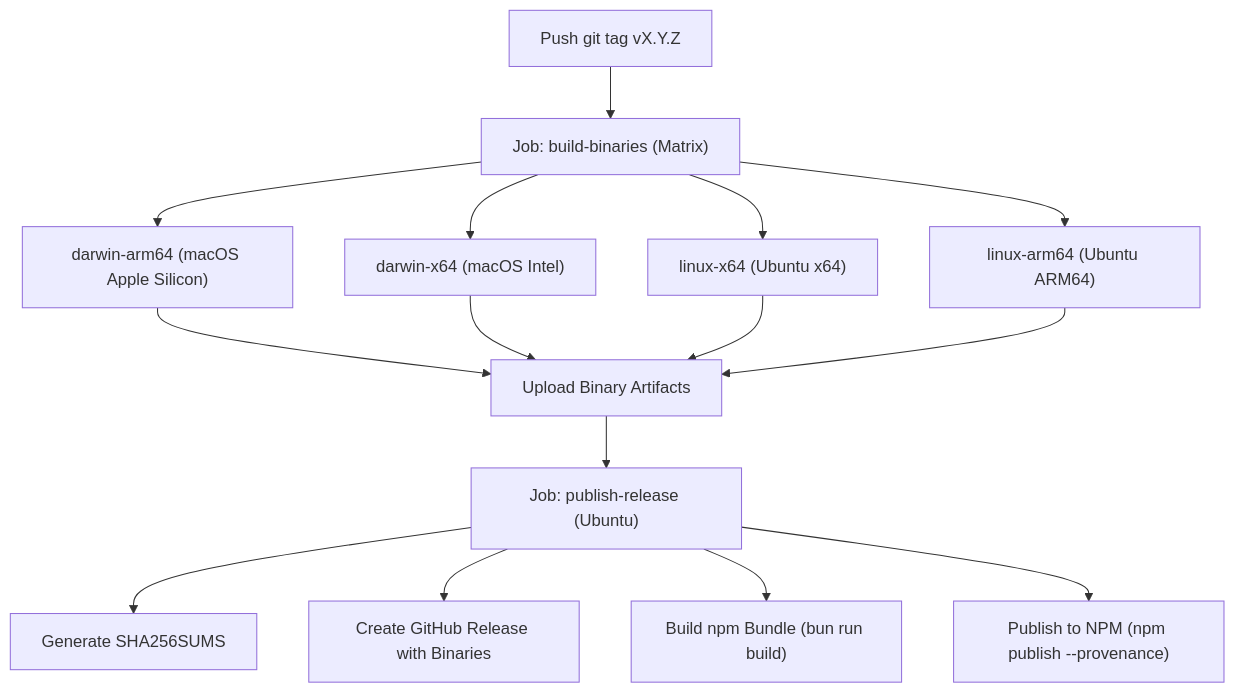
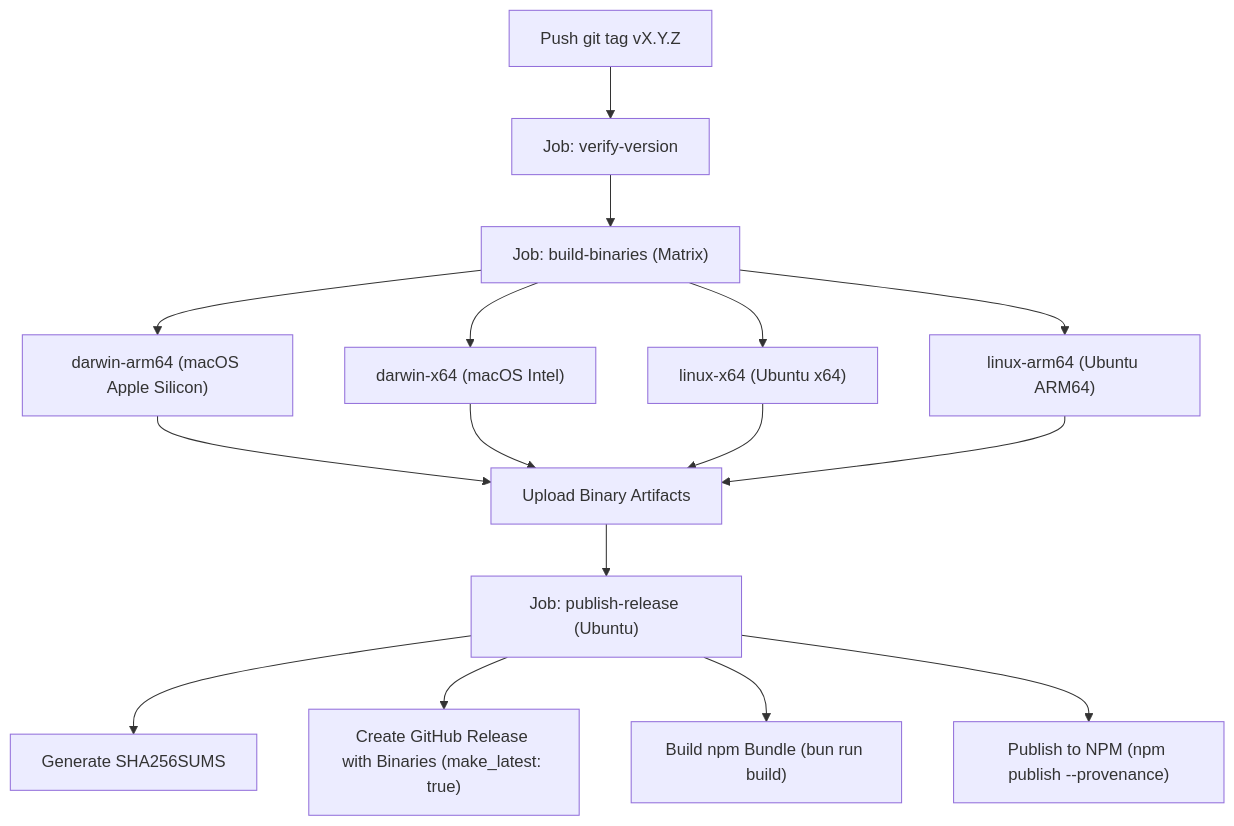
Before and after one commit to juanmaagd/pr-hero: the diagram in docs/release-runbook.md, drawn with Mermaid. The commit also changed other lines of this file and 12 other files, not shown here.

````diff
--- a/docs/release-runbook.md
+++ b/docs/release-runbook.md
@@ -148,14 +166,15 @@
 ```mermaid
 flowchart TD
-    A["Push git tag vX.Y.Z"] --> B["Job: build-binaries (Matrix)"]
+    A["Push git tag vX.Y.Z"] --> V["Job: verify-version"]
+    V --> B["Job: build-binaries (Matrix)"]
     B --> B1["darwin-arm64 (macOS Apple Silicon)"]
     B --> B2["darwin-x64 (macOS Intel)"]
     B --> B3["linux-x64 (Ubuntu x64)"]
     B --> B4["linux-arm64 (Ubuntu ARM64)"]
     B1 & B2 & B3 & B4 --> C["Upload Binary Artifacts"]
     C --> D["Job: publish-release (Ubuntu)"]
     D --> E["Generate SHA256SUMS"]
-    D --> F["Create GitHub Release with Binaries"]
+    D --> F["Create GitHub Release with Binaries (make_latest: true)"]
     D --> G["Build npm Bundle (bun run build)"]
     D --> H["Publish to NPM (npm publish --provenance)"]
 ```
````
